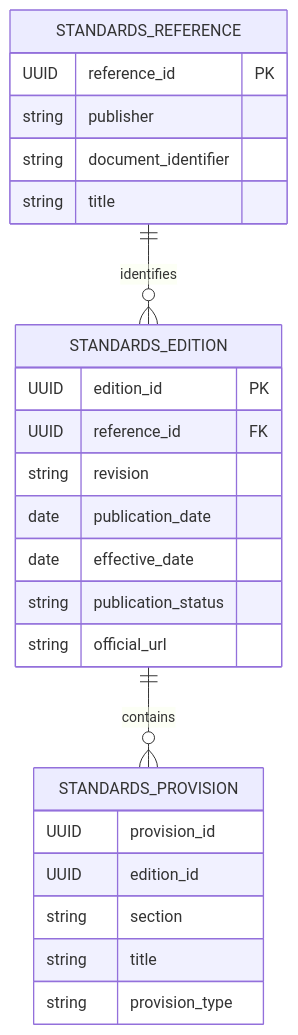
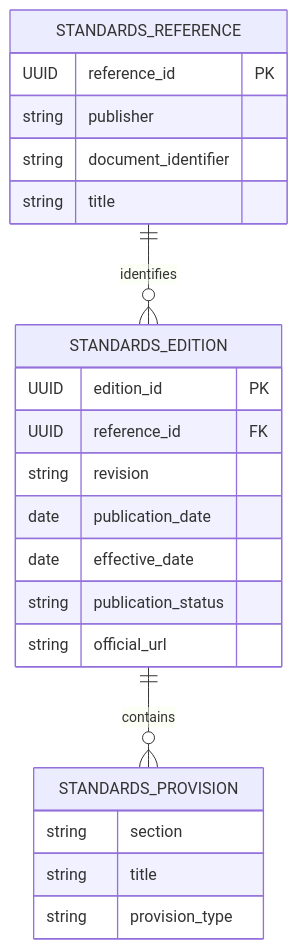
One commit to git-loa/cryptographic-inventory-pqc-risk-assessment changed the fourth of 6 diagrams in docs/architecture/domain/entity-relationship-diagram.md. Above: the diagram before and after it, drawn with Mermaid. The commit also changed other lines of this file and 9 other files, not shown here.

Commit message:
feature: refactor relationship rules / docs: rewrite domain architecture documentation

````diff
--- a/docs/architecture/domain/entity-relationship-diagram.md
+++ b/docs/architecture/domain/entity-relationship-diagram.md
@@ -143,30 +133,28 @@
 ```mermaid
 erDiagram
     STANDARDS_REFERENCE ||--o{ STANDARDS_EDITION : identifies
     STANDARDS_EDITION ||--o{ STANDARDS_PROVISION : contains
 
     STANDARDS_REFERENCE {
         UUID reference_id PK
         string publisher
         string document_identifier
         string title
     }
 
     STANDARDS_EDITION {
         UUID edition_id PK
         UUID reference_id FK
         string revision
         date publication_date
         date effective_date
         string publication_status
         string official_url
     }
 
     STANDARDS_PROVISION {
-        UUID provision_id
-        UUID edition_id
         string section
         string title
         string provision_type
     }
 ```
````
